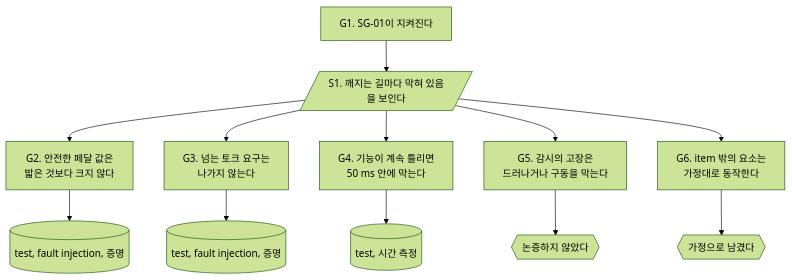
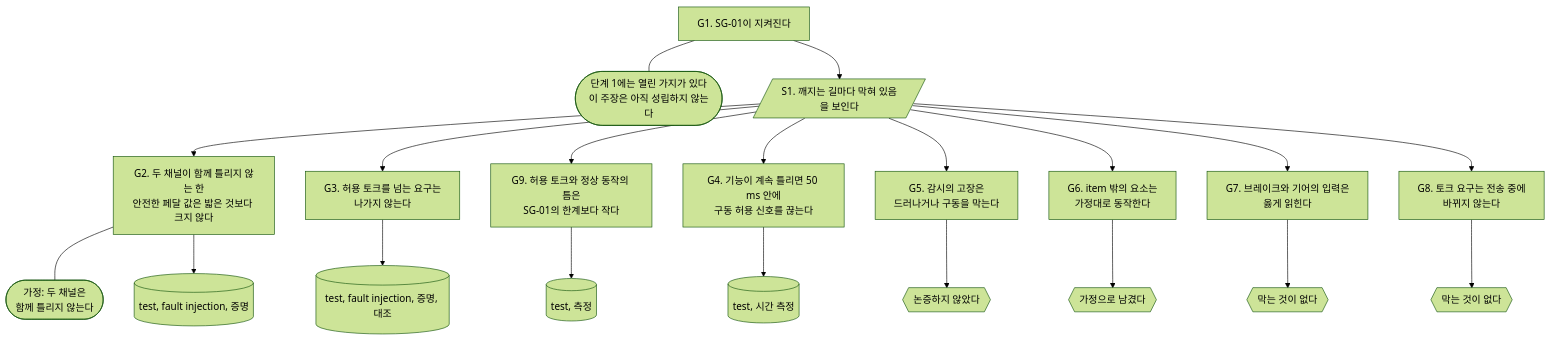
One commit to danielhongwoo/fusa changed the diagram in chapters/ch19-safety-case.md. Above: the diagram before and after it, drawn with Mermaid (forest theme). The commit also changed other lines of this file and 13 other files, not shown here.

````diff
--- a/chapters/ch19-safety-case.md
+++ b/chapters/ch19-safety-case.md
@@ -67,26 +67,42 @@
 ```mermaid
 flowchart TD
     G1["G1. SG-01이 지켜진다"]
+    C2(["단계 1에는 열린 가지가 있다<br/>이 주장은 아직 성립하지 않는다"])
     S1[/"S1. 깨지는 길마다 막혀 있음을 보인다"/]
-    G2["G2. 안전한 페달 값은<br/>밟은 것보다 크지 않다"]
-    G3["G3. 넘는 토크 요구는<br/>나가지 않는다"]
-    G4["G4. 기능이 계속 틀리면<br/>50 ms 안에 막는다"]
+    G2["G2. 두 채널이 함께 틀리지 않는 한<br/>안전한 페달 값은 밟은 것보다 크지 않다"]
+    G3["G3. 허용 토크를 넘는 요구는<br/>나가지 않는다"]
+    G9["G9. 허용 토크와 정상 동작의 틈은<br/>SG-01의 한계보다 작다"]
+    G4["G4. 기능이 계속 틀리면 50 ms 안에<br/>구동 허용 신호를 끊는다"]
     G5["G5. 감시의 고장은<br/>드러나거나 구동을 막는다"]
     G6["G6. item 밖의 요소는<br/>가정대로 동작한다"]
+    G7["G7. 브레이크와 기어의 입력은<br/>옳게 읽힌다"]
+    G8["G8. 토크 요구는 전송 중에<br/>바뀌지 않는다"]
+    A1(["가정: 두 채널은<br/>함께 틀리지 않는다"])
     E2[("test, fault injection, 증명")]
-    E3[("test, fault injection, 증명")]
+    E3[("test, fault injection, 증명, 대조")]
+    E9[("test, 측정")]
     E4[("test, 시간 측정")]
     U5{{"논증하지 않았다"}}
     U6{{"가정으로 남겼다"}}
+    U7{{"막는 것이 없다"}}
+    U8{{"막는 것이 없다"}}
+    G1 --- C2
     G1 --> S1
     S1 --> G2
     S1 --> G3
+    S1 --> G9
     S1 --> G4
     S1 --> G5
     S1 --> G6
+    S1 --> G7
+    S1 --> G8
+    G2 --- A1
     G2 --> E2
     G3 --> E3
+    G9 --> E9
     G4 --> E4
     G5 --> U5
     G6 --> U6
+    G7 --> U7
+    G8 --> U8
 ```
````
